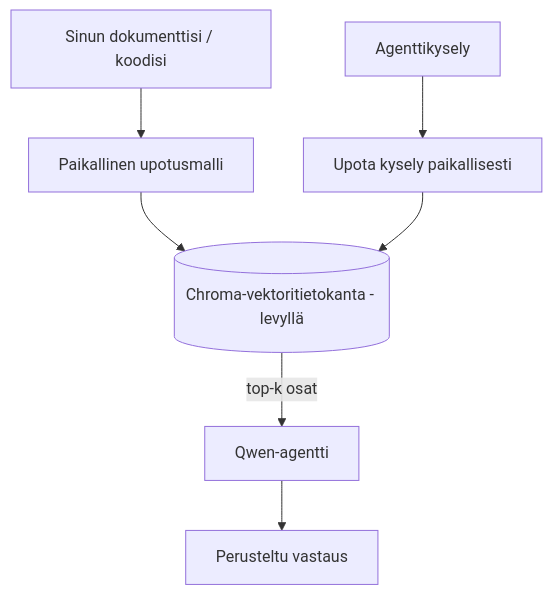
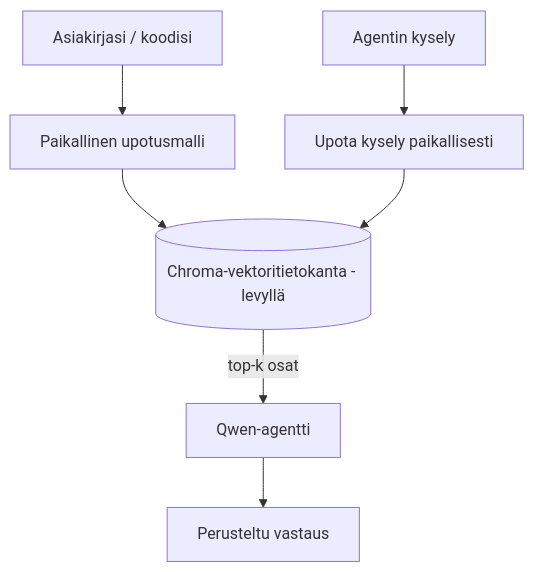
One commit to gabrielmoreira/agent-skills-mirror changed the third of 4 diagrams in mirrors/repos/microsoft@ai-agents-for-beginners/translations/fi/17-creating-local-ai-agents/README.md. Above: the diagram before and after it, drawn with Mermaid. The commit also changed other lines of this file and 4262 other files, not shown here.

````diff
--- a/mirrors/repos/microsoft@ai-agents-for-beginners/translations/fi/17-creating-local-ai-agents/README.md
+++ b/mirrors/repos/microsoft@ai-agents-for-beginners/translations/fi/17-creating-local-ai-agents/README.md
@@ -125,9 +125,9 @@
 ```mermaid
 flowchart TB
-    D[Sinun dokumenttisi / koodisi] --> E[Paikallinen upotusmalli]
+    D[Asiakirjasi / koodisi] --> E[Paikallinen upotusmalli]
     E --> V[(Chroma-vektoritietokanta - levyllä)]
-    Q[Agenttikysely] --> QE[Upota kysely paikallisesti]
+    Q[Agentin kysely] --> QE[Upota kysely paikallisesti]
     QE --> V
     V -->|top-k osat| A[Qwen-agentti]
     A --> Ans[Perusteltu vastaus]
 ```
````
